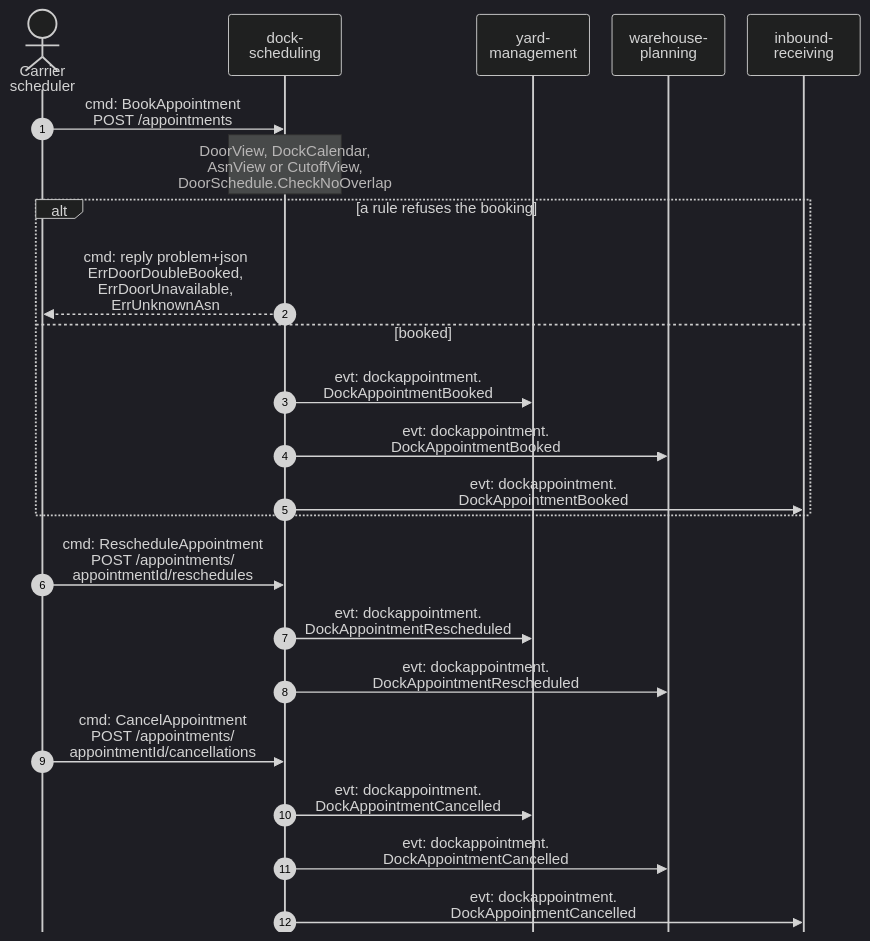
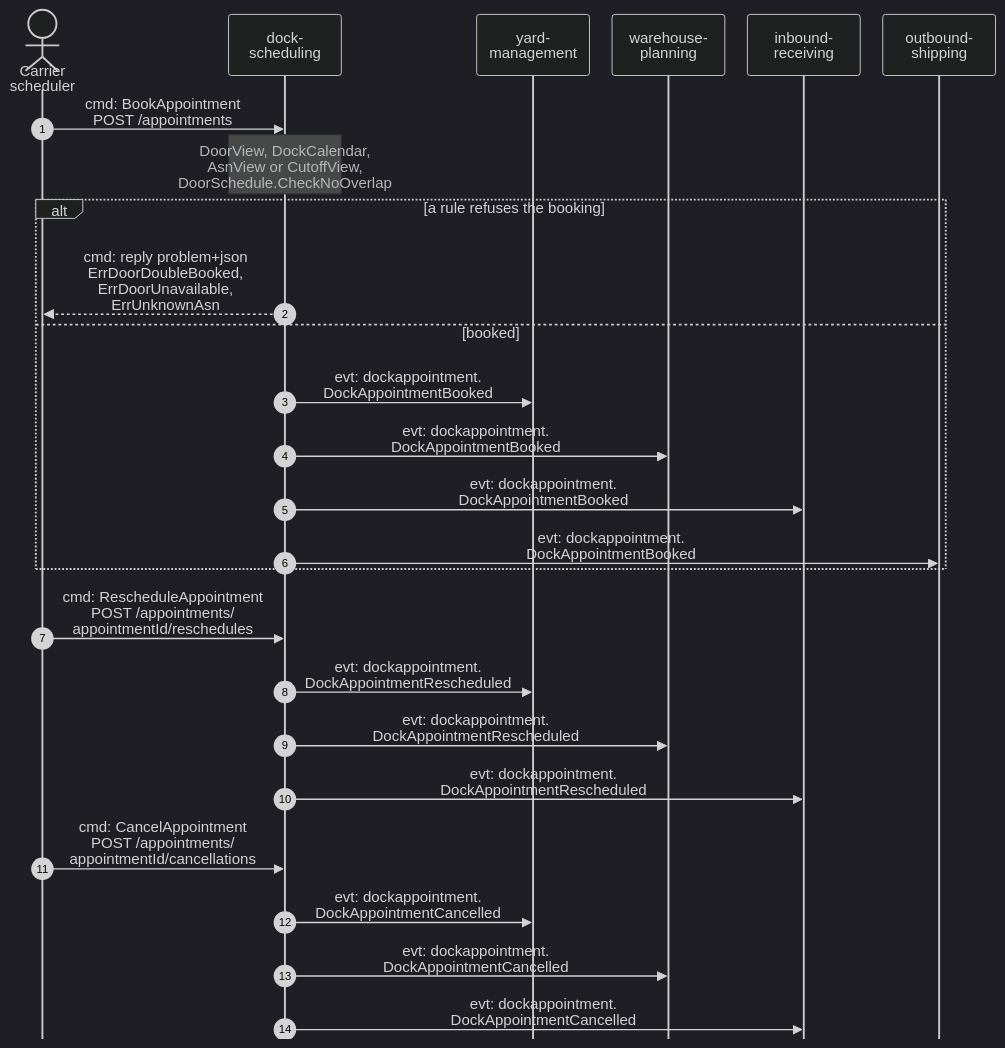
Before and after one commit to IQVO/warehouse-docs: the first of 4 diagrams in yard/docs/contexts/dock-scheduling/domain-message-flow.md, drawn with Mermaid (dark theme). The commit also changed other lines of this file and 51 other files, not shown here.

````diff
--- a/yard/docs/contexts/dock-scheduling/domain-message-flow.md
+++ b/yard/docs/contexts/dock-scheduling/domain-message-flow.md
@@ -26,26 +26,29 @@
 ```mermaid
 %%{init: {"sequence": {"wrap": true, "width": 120, "actorMargin": 24, "messageMargin": 28, "boxMargin": 6, "noteMargin": 6, "mirrorActors": false}}}%%
 sequenceDiagram
     autonumber
     actor CS as Carrier<br/>scheduler
     participant DS as dock-<br/>scheduling
     participant YM as yard-<br/>management
     participant WP as warehouse-<br/>planning
     participant IR as inbound-<br/>receiving
+    participant OS as outbound-<br/>shipping
     CS->>DS: cmd: BookAppointment<br/>POST /appointments
     Note over DS: DoorView, DockCalendar,<br/>AsnView or CutoffView,<br/>DoorSchedule.CheckNoOverlap
     alt a rule refuses the booking
         DS-->>CS: cmd: reply problem+json<br/>ErrDoorDoubleBooked,<br/>ErrDoorUnavailable,<br/>ErrUnknownAsn
     else booked
         DS->>YM: evt: dockappointment.<br/>DockAppointmentBooked
         DS->>WP: evt: dockappointment.<br/>DockAppointmentBooked
         DS->>IR: evt: dockappointment.<br/>DockAppointmentBooked
+        DS->>OS: evt: dockappointment.<br/>DockAppointmentBooked
     end
     CS->>DS: cmd: RescheduleAppointment<br/>POST /appointments/<br/>appointmentId/reschedules
     DS->>YM: evt: dockappointment.<br/>DockAppointmentRescheduled
     DS->>WP: evt: dockappointment.<br/>DockAppointmentRescheduled
+    DS->>IR: evt: dockappointment.<br/>DockAppointmentRescheduled
     CS->>DS: cmd: CancelAppointment<br/>POST /appointments/<br/>appointmentId/cancellations
     DS->>YM: evt: dockappointment.<br/>DockAppointmentCancelled
     DS->>WP: evt: dockappointment.<br/>DockAppointmentCancelled
     DS->>IR: evt: dockappointment.<br/>DockAppointmentCancelled
 ```
````
